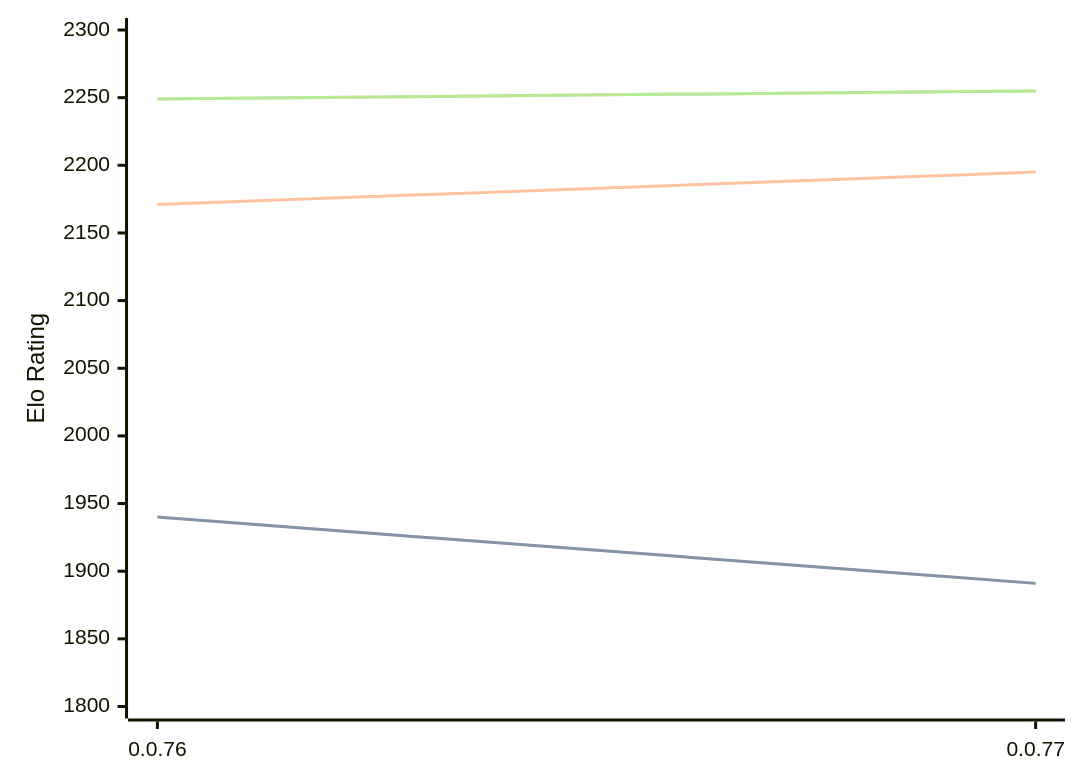
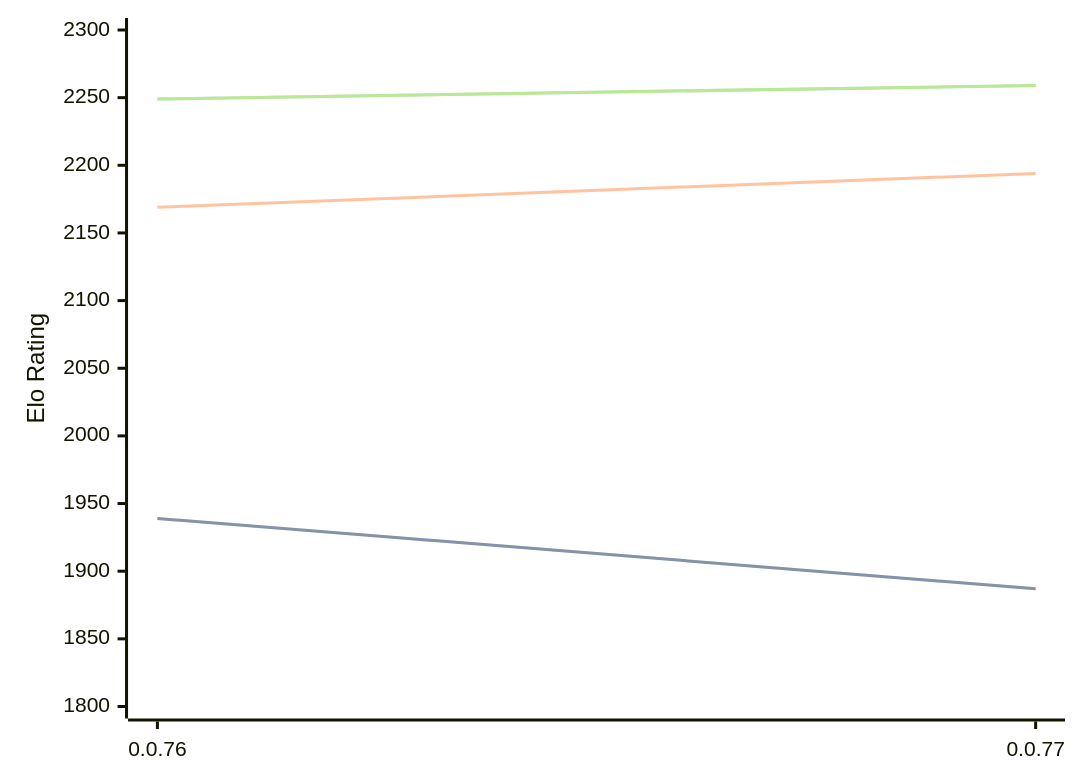
Before and after one commit to computer-chess-index/cci: the diagram in engines/Fktb.md, drawn with Mermaid. The commit also changed other lines of this file, not shown here.

Commit message:
Update CCI Ratings (ELO VLTC) - 2026-04-16

````diff
--- a/engines/Fktb.md
+++ b/engines/Fktb.md
@@ -32,11 +32,11 @@
 ```mermaid
 %%{init: {"theme":"base","themeVariables":{"seriesColors:['#a3a3a3','#222221','#faa371']}}}%%
 xychart-beta
   x-axis ["0.0.76", "0.0.77"]
   y-axis "Elo Rating" 1800 --> 2300
-  line "STC (8.0+0.08s)" [1940, 1891]
-  line "STC (8.0+0.08s)" [1940, 1891]
-  line "LTC (60.0+0.60s)" [2171, 2195]
-  line "VLTC (2m24s+1.12s)" [2249, 2255]
-  line "VLTC (2m24s+1.12s)" [2249, 2255]
+  line "STC (8.0+0.08s)" [1939, 1887]
+  line "STC (8.0+0.08s)" [1939, 1887]
+  line "LTC (60.0+0.60s)" [2169, 2194]
+  line "VLTC (2m24s+1.12s)" [2249, 2259]
+  line "VLTC (2m24s+1.12s)" [2249, 2259]
 ```
````
